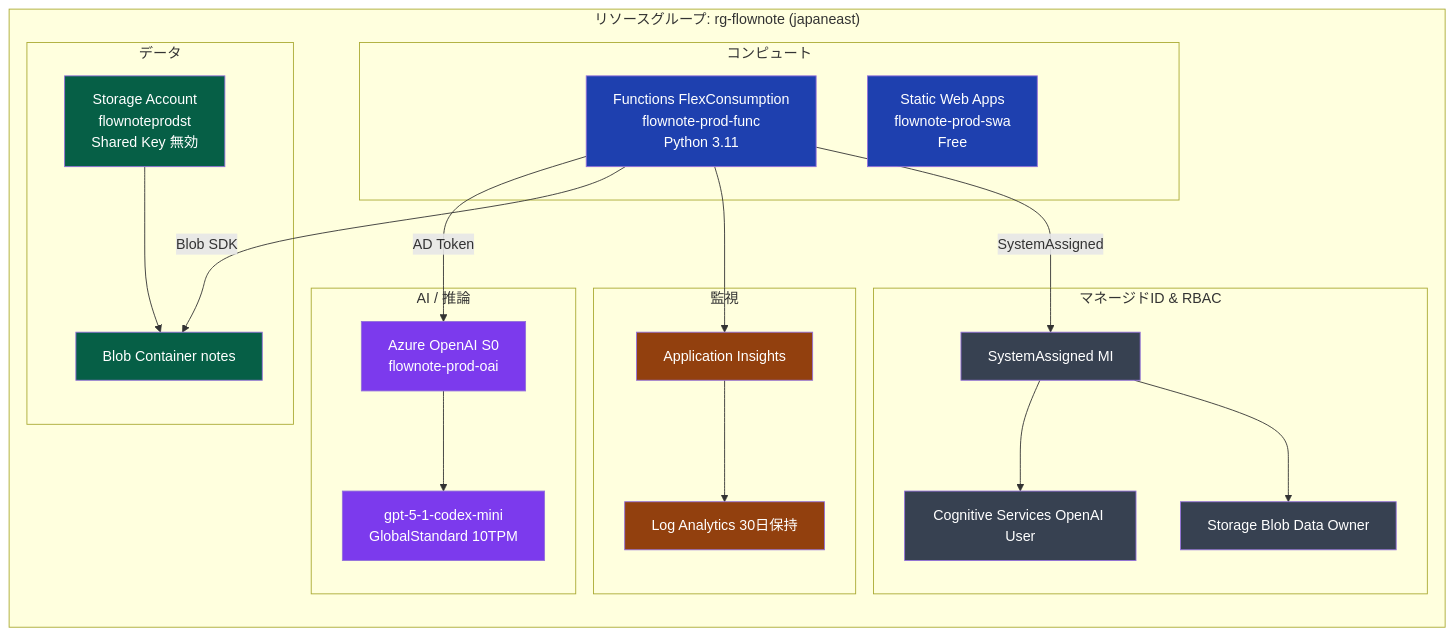
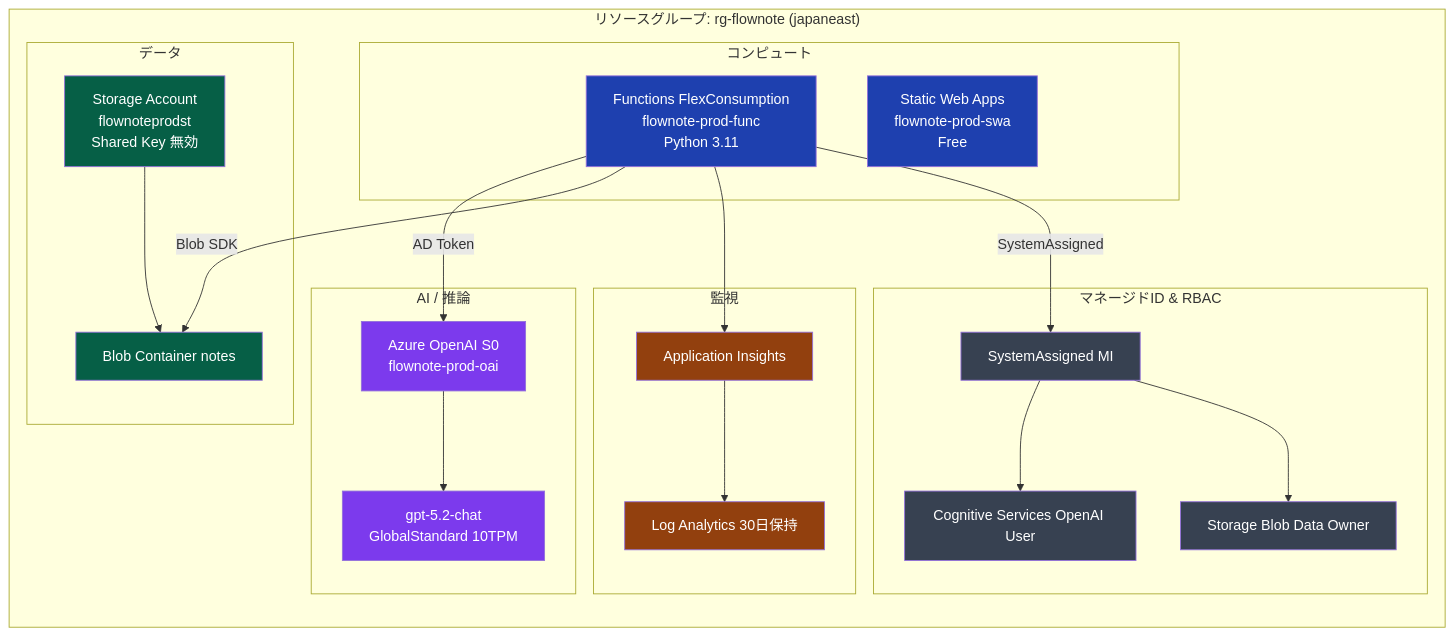
One commit to geekfujiwara/FlowNote changed the fifth of 5 diagrams in README.md. Above: the diagram before and after it, drawn with Mermaid. The commit also changed other lines of this file and 1 other file, not shown here.

Commit message:
Update Azure OpenAI model from gpt-5.1-codex-mini to gpt-5.2-chat

````diff
--- a/README.md
+++ b/README.md
@@ -202,53 +202,53 @@
 ```mermaid
 graph TB
     subgraph RG["リソースグループ: rg-flownote (japaneast)"]
         direction TB
 
         subgraph Compute["コンピュート"]
             SWA["Static Web Apps\nflownote-prod-swa\nFree"]
             Func["Functions FlexConsumption\nflownote-prod-func\nPython 3.11"]
         end
 
         subgraph AI["AI / 推論"]
             OAI["Azure OpenAI S0\nflownote-prod-oai"]
-            Model["gpt-5-1-codex-mini\nGlobalStandard 10TPM"]
+            Model["gpt-5.2-chat\nGlobalStandard 10TPM"]
             OAI --> Model
         end
 
         subgraph Data["データ"]
             ST["Storage Account\nflownoteprodst\nShared Key 無効"]
             Blob["Blob Container notes"]
             ST --> Blob
         end
 
         subgraph Monitor["監視"]
             APPI["Application Insights"]
             LAW["Log Analytics 30日保持"]
             APPI --> LAW
         end
 
         subgraph IAM["マネージドID & RBAC"]
             MI["SystemAssigned MI"]
             R1["Storage Blob Data Owner"]
             R2["Cognitive Services OpenAI User"]
             MI --> R1
             MI --> R2
         end
 
         Func -- SystemAssigned --> MI
         Func --> APPI
         Func -- Blob SDK --> Blob
         Func -- AD Token --> OAI
     end
 
     classDef compute fill:#1e40af,color:#fff
     classDef ai fill:#7c3aed,color:#fff
     classDef data fill:#065f46,color:#fff
     classDef monitor fill:#92400e,color:#fff
     classDef iam fill:#374151,color:#fff
     class SWA,Func compute
     class OAI,Model ai
     class ST,Blob data
     class APPI,LAW monitor
     class MI,R1,R2 iam
 ```
````
